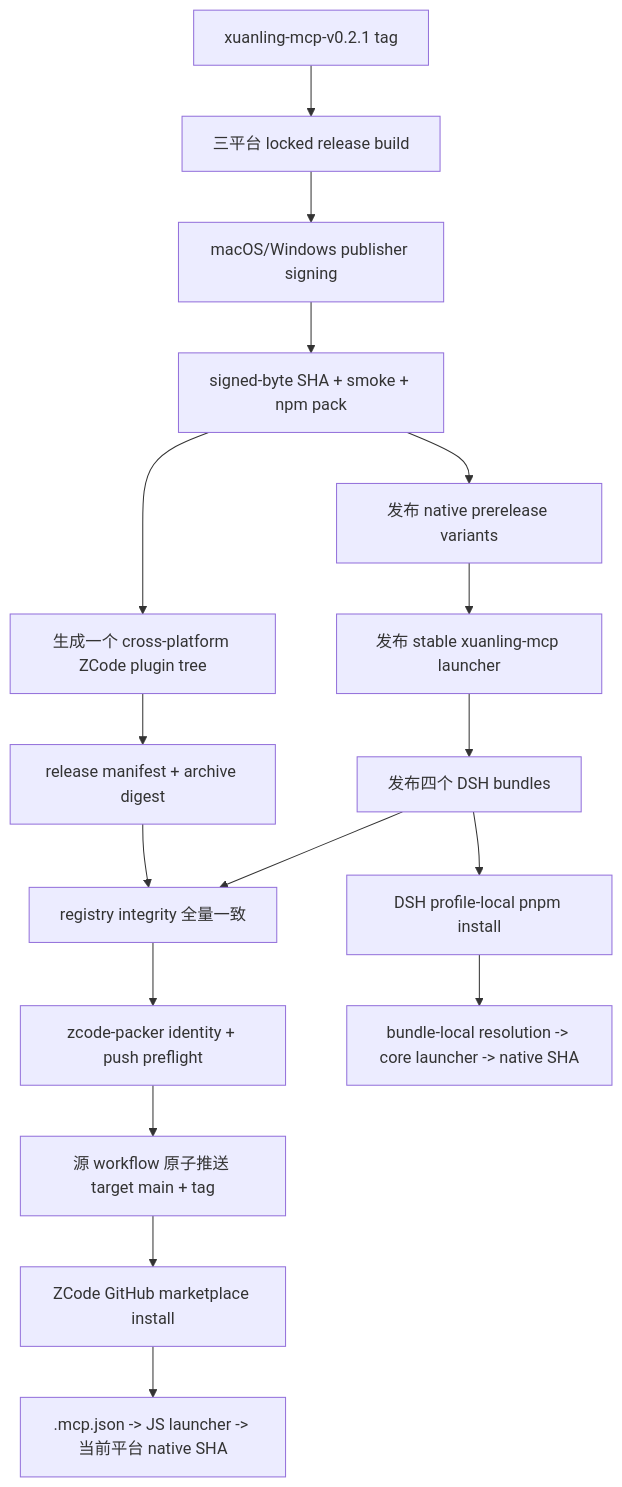
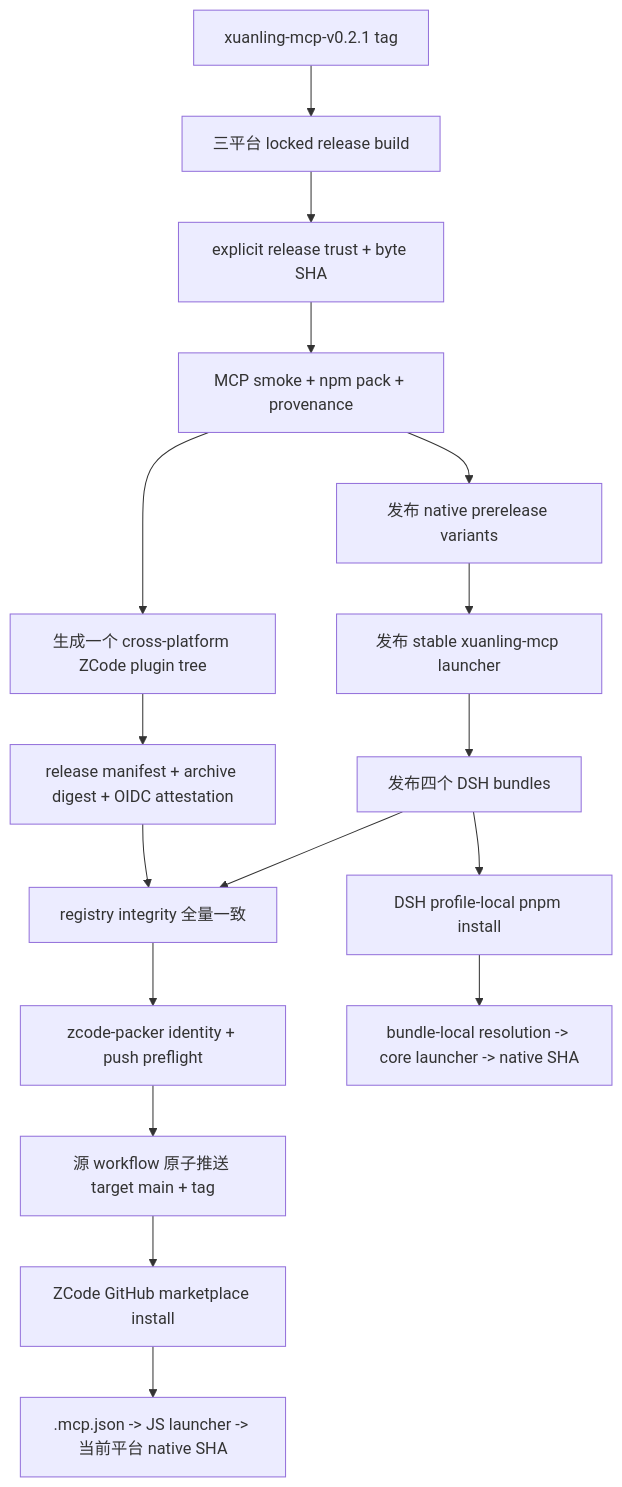
One commit to umbrella22/xuanling changed the second of 2 diagrams in docs/plans/host-local-integration-distribution-development-plan.md. Above: the diagram before and after it, drawn with Mermaid. The commit also changed other lines of this file and 17 other files, not shown here.

Commit message:
ci: make publisher signing optional

````diff
--- a/docs/plans/host-local-integration-distribution-development-plan.md
+++ b/docs/plans/host-local-integration-distribution-development-plan.md
@@ -264,22 +266,22 @@
 ```mermaid
 flowchart TD
     A["xuanling-mcp-v0.2.1 tag"] --> B["三平台 locked release build"]
-    B --> C["macOS/Windows publisher signing"]
-    C --> D["signed-byte SHA + smoke + npm pack"]
+    B --> C["explicit release trust + byte SHA"]
+    C --> D["MCP smoke + npm pack + provenance"]
     D --> E["发布 native prerelease variants"]
     E --> F["发布 stable xuanling-mcp launcher"]
     F --> G["发布四个 DSH bundles"]
 
     D --> H["生成一个 cross-platform ZCode plugin tree"]
-    H --> I["release manifest + archive digest"]
+    H --> I["release manifest + archive digest + OIDC attestation"]
     G --> J["registry integrity 全量一致"]
     I --> J
     J --> K["zcode-packer identity + push preflight"]
     K --> L["源 workflow 原子推送 target main + tag"]
 
     G --> M["DSH profile-local pnpm install"]
     M --> N["bundle-local resolution -> core launcher -> native SHA"]
 
     L --> O["ZCode GitHub marketplace install"]
     O --> P[".mcp.json -> JS launcher -> 当前平台 native SHA"]
 ```
````
